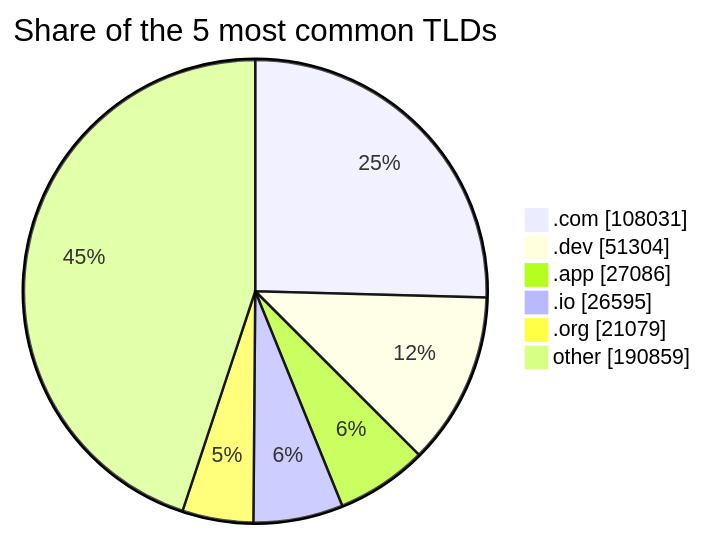
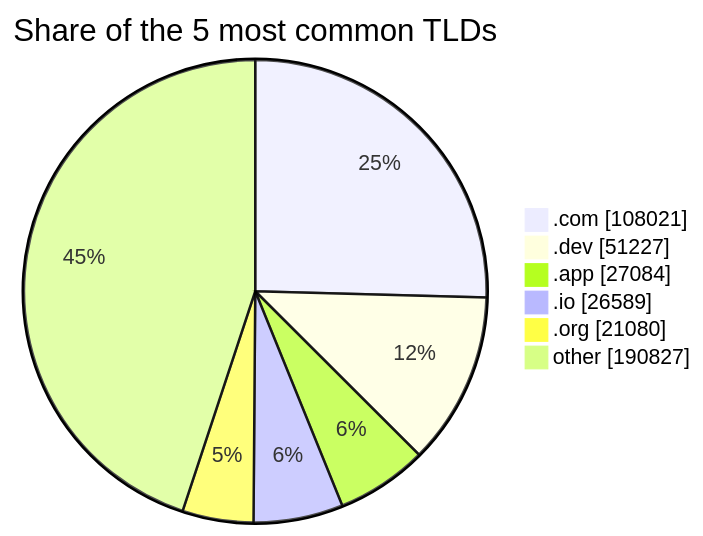
The third of 3 diagrams in README.md (DNSBunker/CTI), drawn with Mermaid before and after one commit. The commit also changed other lines of this file and 3 other files, not shown here.

````diff
--- a/README.md
+++ b/README.md
@@ -81,9 +81,9 @@
 ```mermaid
 pie showData title Share of the 5 most common TLDs
-    ".com" : 108031
-    ".dev" : 51304
-    ".app" : 27086
-    ".io" : 26595
-    ".org" : 21079
-    "other" : 190859
+    ".com" : 108021
+    ".dev" : 51227
+    ".app" : 27084
+    ".io" : 26589
+    ".org" : 21080
+    "other" : 190827
 ```
````
